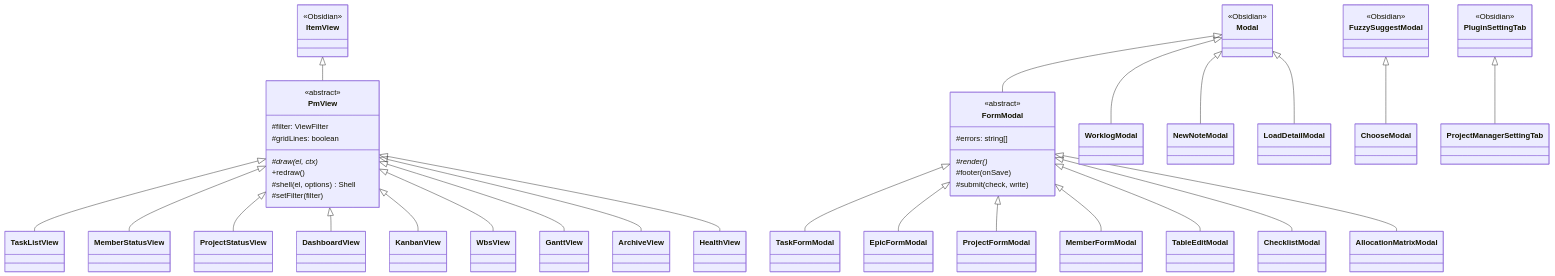
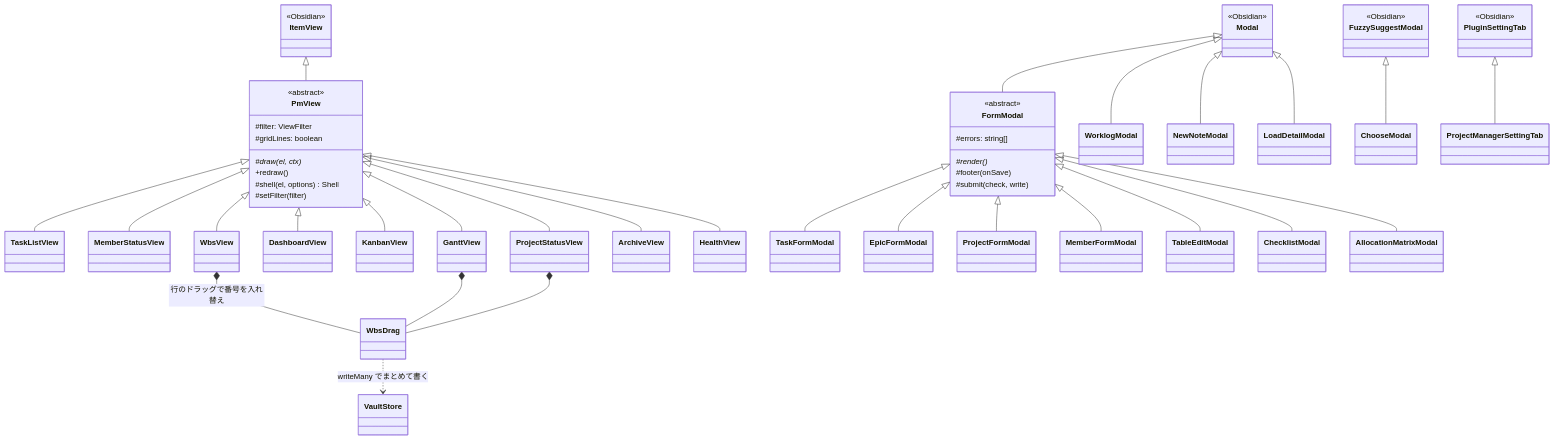
The fourth of 7 diagrams in docs/DIAGRAMS.md (2JO-code/2JO-dev-obsidian-pm-plugin), drawn with Mermaid before and after one commit. The commit also changed other lines of this file and 33 other files, not shown here.

````diff
--- a/docs/DIAGRAMS.md
+++ b/docs/DIAGRAMS.md
@@ -274,56 +277,60 @@
 ```mermaid
 classDiagram
 	class ItemView {
 		<<Obsidian>>
 	}
 	class Modal {
 		<<Obsidian>>
 	}
 	class FuzzySuggestModal {
 		<<Obsidian>>
 	}
 	class PluginSettingTab {
 		<<Obsidian>>
 	}
 	class PmView {
 		<<abstract>>
 		#filter: ViewFilter
 		#gridLines: boolean
 		#draw(el, ctx)*
 		+redraw()
 		#shell(el, options) Shell
 		#setFilter(filter)
 	}
 	class FormModal {
 		<<abstract>>
 		#errors: string[]
 		#render()*
 		#footer(onSave)
 		#submit(check, write)
 	}
 
 	ItemView <|-- PmView
 	PmView <|-- TaskListView
 	PmView <|-- MemberStatusView
 	PmView <|-- ProjectStatusView
 	PmView <|-- DashboardView
 	PmView <|-- KanbanView
 	PmView <|-- WbsView
 	PmView <|-- GanttView
 	PmView <|-- ArchiveView
 	PmView <|-- HealthView
+	WbsView *-- WbsDrag : 行のドラッグで番号を入れ替え
+	GanttView *-- WbsDrag
+	ProjectStatusView *-- WbsDrag
+	WbsDrag ..> VaultStore : writeMany でまとめて書く
 
 	Modal <|-- FormModal
 	FormModal <|-- TaskFormModal
 	FormModal <|-- EpicFormModal
 	FormModal <|-- ProjectFormModal
 	FormModal <|-- MemberFormModal
 	FormModal <|-- TableEditModal
 	FormModal <|-- ChecklistModal
 	FormModal <|-- AllocationMatrixModal
 	Modal <|-- WorklogModal
 	Modal <|-- NewNoteModal
 	Modal <|-- LoadDetailModal
 	FuzzySuggestModal <|-- ChooseModal
 	PluginSettingTab <|-- ProjectManagerSettingTab
 ```
````
